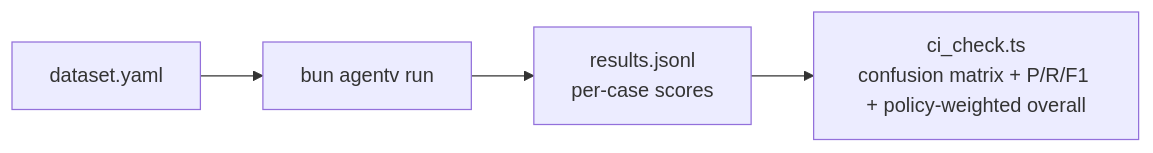
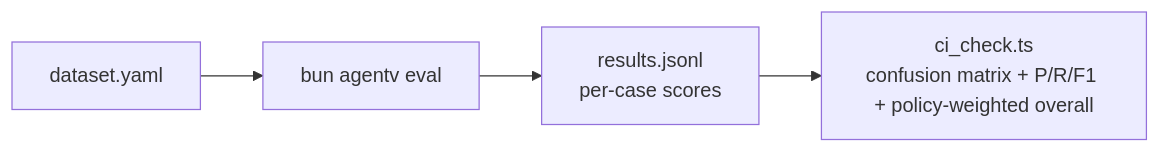
One commit to EntityProcess/agentv changed the first of 2 diagrams in examples/showcase/export-screening/README.md. Above: the diagram before and after it, drawn with Mermaid. The commit also changed other lines of this file and 53 other files, not shown here.

First line of the commit message:
refactor(cli): rename `agentv run` to `agentv eval` and restructure prompt subcommands (#259)

````diff
--- a/examples/showcase/export-screening/README.md
+++ b/examples/showcase/export-screening/README.md
@@ -68,6 +68,6 @@
 ```mermaid
 flowchart LR
-    A[dataset.yaml] --> B[bun agentv run]
+    A[dataset.yaml] --> B[bun agentv eval]
     B --> C[results.jsonl<br/>per-case scores]
     C --> D[ci_check.ts<br/>confusion matrix + P/R/F1 + policy-weighted overall]
 ```
````
